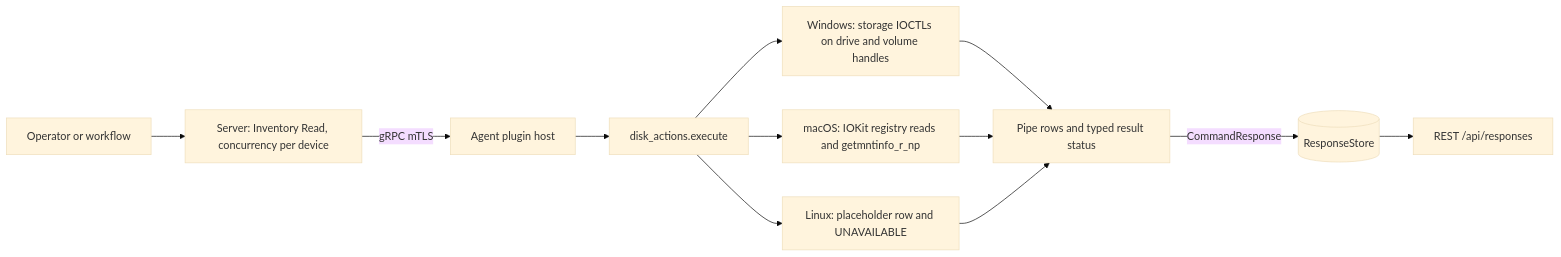
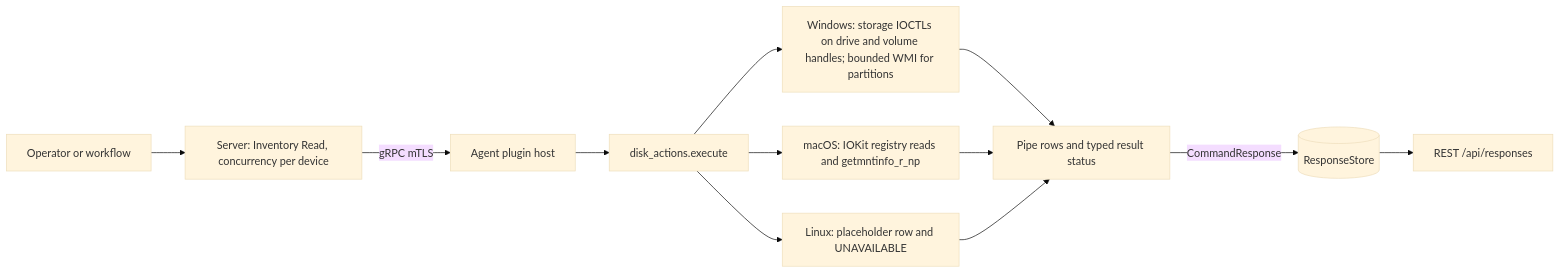
One commit to DevNullLtd/Yuzu changed the first of 3 diagrams in agents/plugins/disk_actions/README.md. Above: the diagram before and after it, drawn with Mermaid (base theme). The commit also changed other lines of this file and 13 other files, not shown here.

````diff
--- a/agents/plugins/disk_actions/README.md
+++ b/agents/plugins/disk_actions/README.md
@@ -23,11 +23,11 @@
 ```mermaid
 flowchart LR
   OP["Operator or workflow"] --> SRV["Server: Inventory Read, concurrency per device"]
   SRV -- "gRPC mTLS" --> HOST["Agent plugin host"] --> EX["disk_actions.execute"]
-  EX --> WIN["Windows: storage IOCTLs on drive and volume handles"]
+  EX --> WIN["Windows: storage IOCTLs on drive and volume handles; bounded WMI for partitions"]
   EX --> MAC["macOS: IOKit registry reads and getmntinfo_r_np"]
   EX --> LIN["Linux: placeholder row and UNAVAILABLE"]
   WIN & MAC & LIN --> ROWS["Pipe rows and typed result status"]
   ROWS -- "CommandResponse" --> RS[("ResponseStore")]
   RS --> API["REST /api/responses"]
 ```
````
